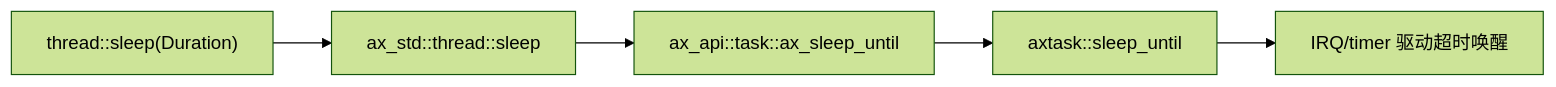
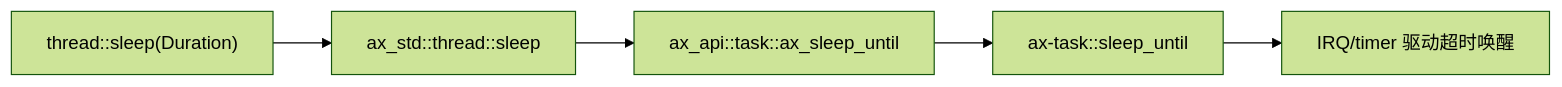
The first of 2 diagrams in docs/crates/arceos-sleep.md (zKurisu/tgoskits), drawn with Mermaid (forest theme) before and after one commit. The commit also changed other lines of this file and 133 other files, not shown here.

Commit message:
rename axtask to ax-task

````diff
--- a/docs/crates/arceos-sleep.md
+++ b/docs/crates/arceos-sleep.md
@@ -26,7 +26,7 @@
 ```mermaid
 flowchart LR
     A["thread::sleep(Duration)"] --> B["ax_std::thread::sleep"]
     B --> C["ax_api::task::ax_sleep_until"]
-    C --> D["axtask::sleep_until"]
+    C --> D["ax-task::sleep_until"]
     D --> E["IRQ/timer 驱动超时唤醒"]
 ```
````
